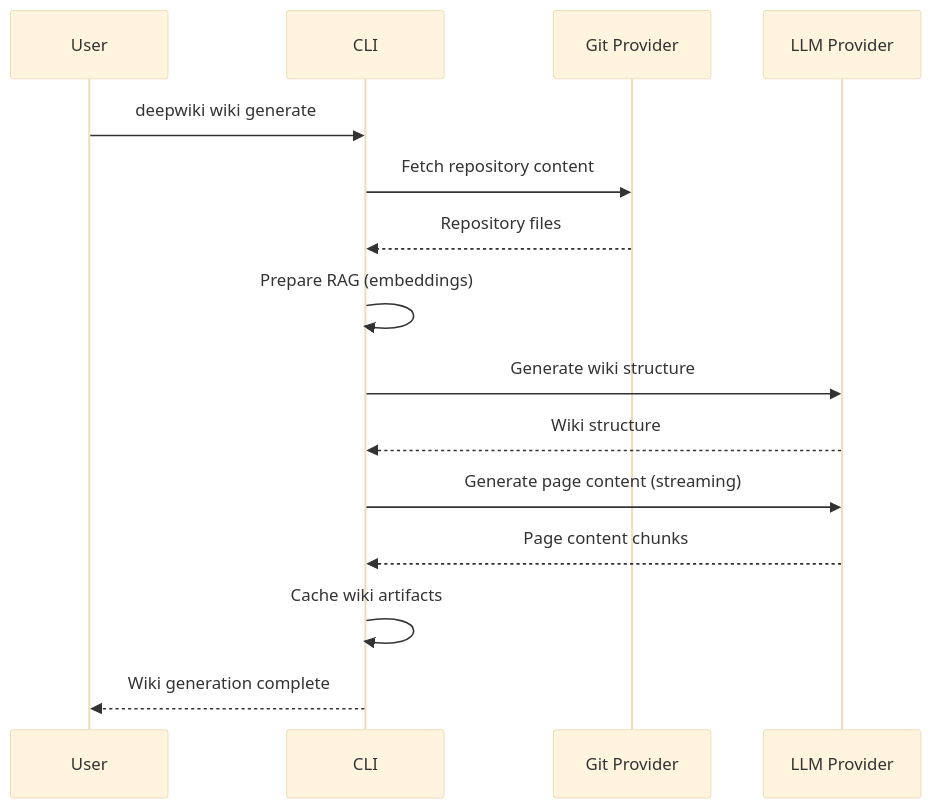
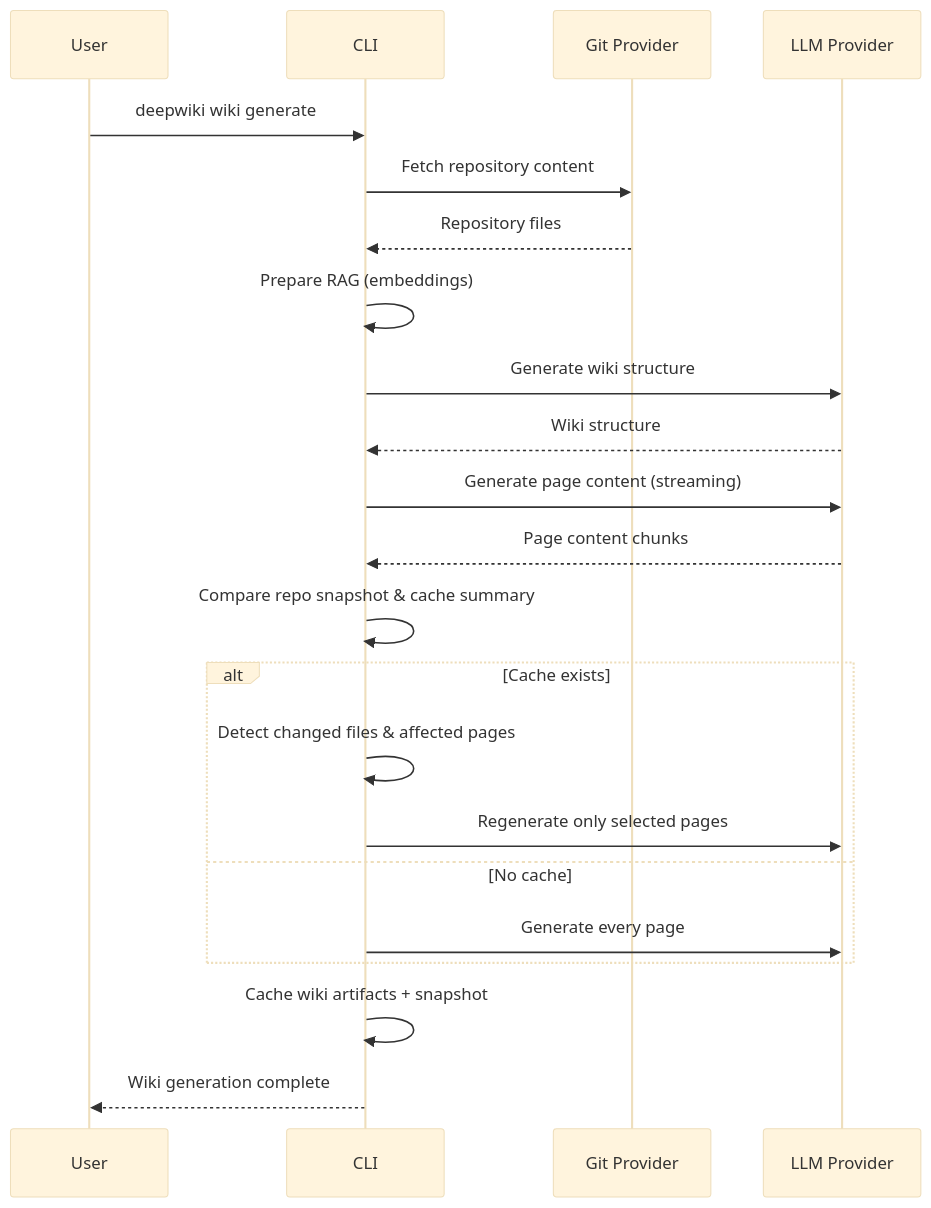
Before and after one commit to oc-andrey-zaharov/OpenCorporates-DeepWiki: the second of 2 diagrams in docs/architecture.md, drawn with Mermaid (base theme). The commit also changed other lines of this file and 34 other files, not shown here.

````diff
--- a/docs/architecture.md
+++ b/docs/architecture.md
@@ -40,18 +40,25 @@
 ```mermaid
 sequenceDiagram
   participant U as User
   participant C as CLI
   participant G as Git Provider
   participant L as LLM Provider
 
   U->>C: deepwiki wiki generate
   C->>G: Fetch repository content
   G-->>C: Repository files
   C->>C: Prepare RAG (embeddings)
   C->>L: Generate wiki structure
   L-->>C: Wiki structure
   C->>L: Generate page content (streaming)
   L-->>C: Page content chunks
-  C->>C: Cache wiki artifacts
+  C->>C: Compare repo snapshot & cache summary
+  alt Cache exists
+    C->>C: Detect changed files & affected pages
+    C->>L: Regenerate only selected pages
+  else No cache
+    C->>L: Generate every page
+  end
+  C->>C: Cache wiki artifacts + snapshot
   C-->>U: Wiki generation complete
 ```
````
